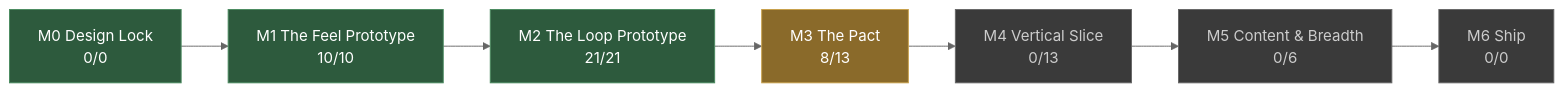
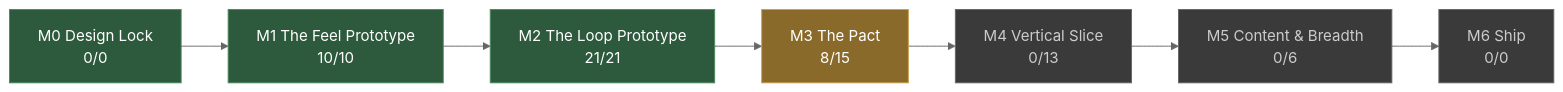
One commit to JoshuaGessner/she changed the diagram in docs/STATUS.md. Above: the diagram before and after it, drawn with Mermaid (neutral theme). The commit also changed other lines of this file and 4 other files, not shown here.

````diff
--- a/docs/STATUS.md
+++ b/docs/STATUS.md
@@ -13,19 +13,19 @@
 ```mermaid
 flowchart LR
   M0["M0 Design Lock<br/>0/0"]:::passed
   M1["M1 The Feel Prototype<br/>10/10"]:::passed
   M0 --> M1
   M2["M2 The Loop Prototype<br/>21/21"]:::passed
   M1 --> M2
-  M3["M3 The Pact<br/>8/13"]:::current
+  M3["M3 The Pact<br/>8/15"]:::current
   M2 --> M3
   M4["M4 Vertical Slice<br/>0/13"]:::ahead
   M3 --> M4
   M5["M5 Content & Breadth<br/>0/6"]:::ahead
   M4 --> M5
   M6["M6 Ship<br/>0/0"]:::ahead
   M5 --> M6
   classDef passed fill:#2d5a3d,stroke:#4a8a5f,color:#fff
   classDef current fill:#8a6a2a,stroke:#c8a04a,color:#fff
   classDef ahead fill:#3a3a3a,stroke:#666,color:#ccc
 ```
````
